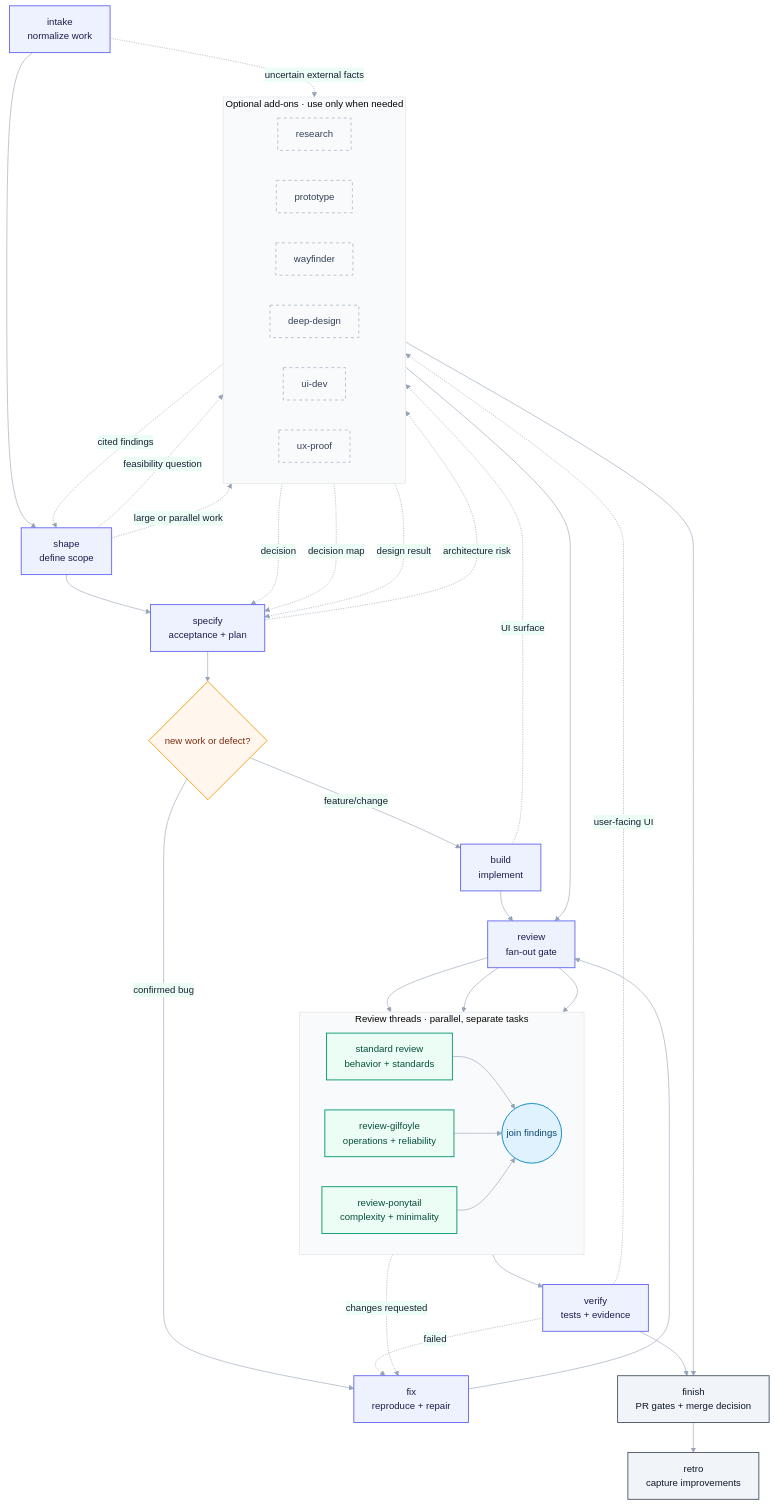
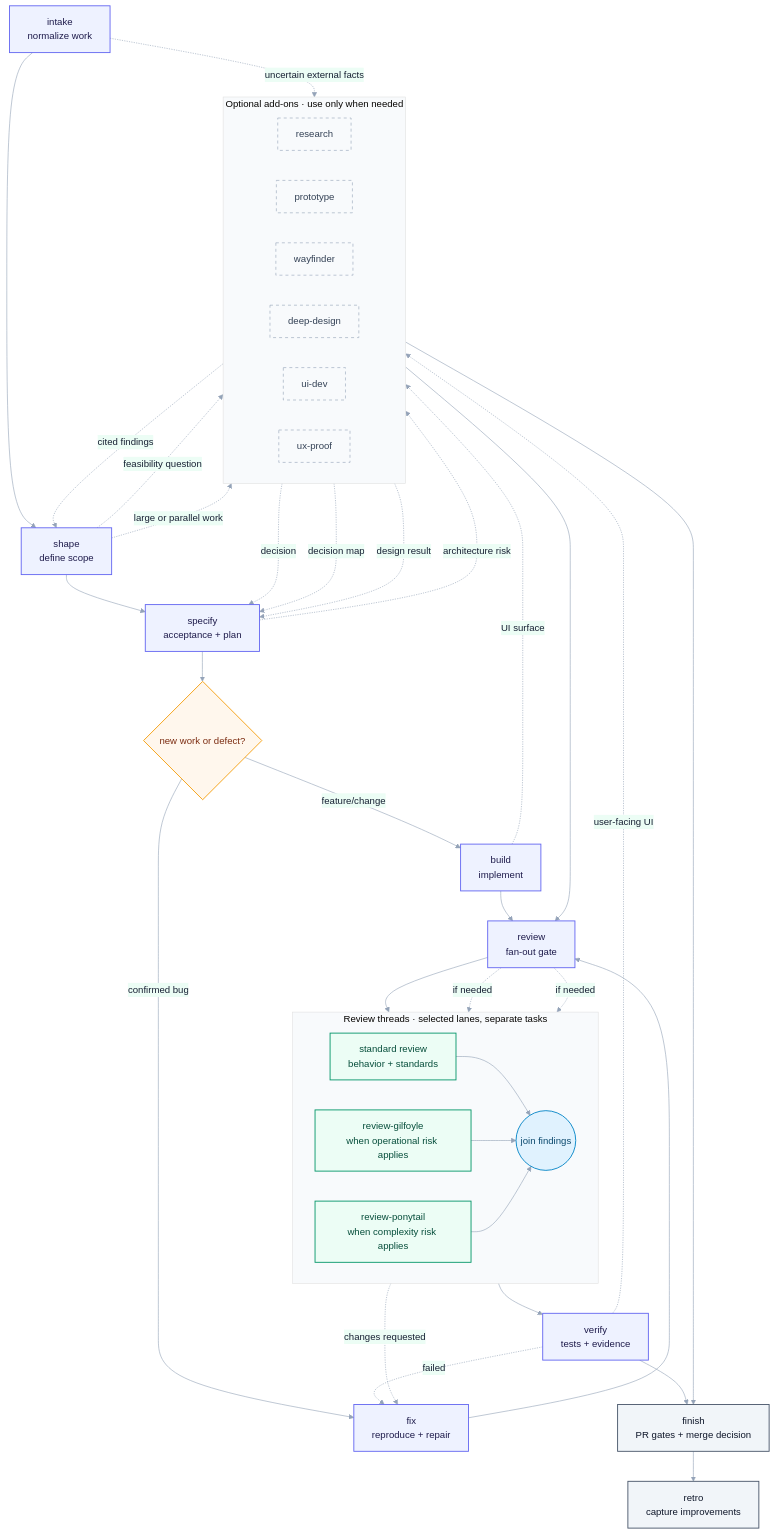
The second of 2 diagrams in README.md (Igloczek/skills), drawn with Mermaid before and after one commit. The commit also changed other lines of this file and 8 other files, not shown here.

````diff
--- a/README.md
+++ b/README.md
@@ -74,65 +74,65 @@
 ```mermaid
 %%{init: {"theme":"base","themeVariables":{"fontFamily":"ui-sans-serif,system-ui,sans-serif","lineColor":"#94a3b8","primaryColor":"#eef2ff","primaryTextColor":"#172033","primaryBorderColor":"#6366f1","secondaryColor":"#ecfdf5","tertiaryColor":"#f8fafc"}}}%%
 flowchart TD
     intake["intake<br/>normalize work"] --> shape["shape<br/>define scope"]
     shape --> specify["specify<br/>acceptance + plan"]
     specify --> kind{"new work or defect?"}
     kind -->|feature/change| build["build<br/>implement"]
     kind -->|confirmed bug| fix["fix<br/>reproduce + repair"]
     build --> review["review<br/>fan-out gate"]
     fix --> review
 
-    subgraph review_threads["Review threads · parallel, separate tasks"]
+    subgraph review_threads["Review threads · selected lanes, separate tasks"]
         direction LR
         standard_review["standard review<br/>behavior + standards"]
-        review_gilfoyle["review-gilfoyle<br/>operations + reliability"]
-        review_ponytail["review-ponytail<br/>complexity + minimality"]
+        review_gilfoyle["review-gilfoyle<br/>when operational risk applies"]
+        review_ponytail["review-ponytail<br/>when complexity risk applies"]
         review_join(("join findings"))
     end
     review --> standard_review
-    review --> review_gilfoyle
-    review --> review_ponytail
+    review -. if needed .-> review_gilfoyle
+    review -. if needed .-> review_ponytail
     standard_review --> review_join
     review_gilfoyle --> review_join
     review_ponytail --> review_join
     review_join --> verify["verify<br/>tests + evidence"]
     review_join -. changes requested .-> fix
     verify -. failed .-> fix
     verify --> finish["finish<br/>PR gates + merge decision"]
     finish --> retro["retro<br/>capture improvements"]
 
     subgraph optional["Optional add-ons · use only when needed"]
         direction LR
         research["research"]
         prototype["prototype"]
         wayfinder["wayfinder"]
         deep_design["deep-design"]
         ui_dev["ui-dev"]
         ux_proof["ux-proof"]
     end
     intake -. uncertain external facts .-> research
     research -. cited findings .-> shape
     shape -. feasibility question .-> prototype
     prototype -. decision .-> specify
     shape -. large or parallel work .-> wayfinder
     wayfinder -. decision map .-> specify
     specify -. architecture risk .-> deep_design
     deep_design -. design result .-> specify
     build -. UI surface .-> ui_dev
     ui_dev --> review
     verify -. user-facing UI .-> ux_proof
     ux_proof --> finish
 
     classDef core fill:#eef2ff,stroke:#6366f1,color:#1e1b4b,stroke-width:1.5px;
     classDef review fill:#ecfdf5,stroke:#059669,color:#064e3b,stroke-width:1.5px;
     classDef optional fill:#f8fafc,stroke:#94a3b8,color:#334155,stroke-width:1px,stroke-dasharray:5 5;
     classDef decision fill:#fff7ed,stroke:#f59e0b,color:#7c2d12,stroke-width:1.5px;
     classDef join fill:#e0f2fe,stroke:#0284c7,color:#0c4a6e,stroke-width:1.5px;
     classDef terminal fill:#f1f5f9,stroke:#475569,color:#0f172a,stroke-width:1.5px;
     class intake,shape,specify,build,fix,review,verify core;
     class standard_review,review_gilfoyle,review_ponytail review;
     class review_join join;
     class kind decision;
     class finish,retro terminal;
     class research,prototype,wayfinder,deep_design,ui_dev,ux_proof optional;
 ```
````
